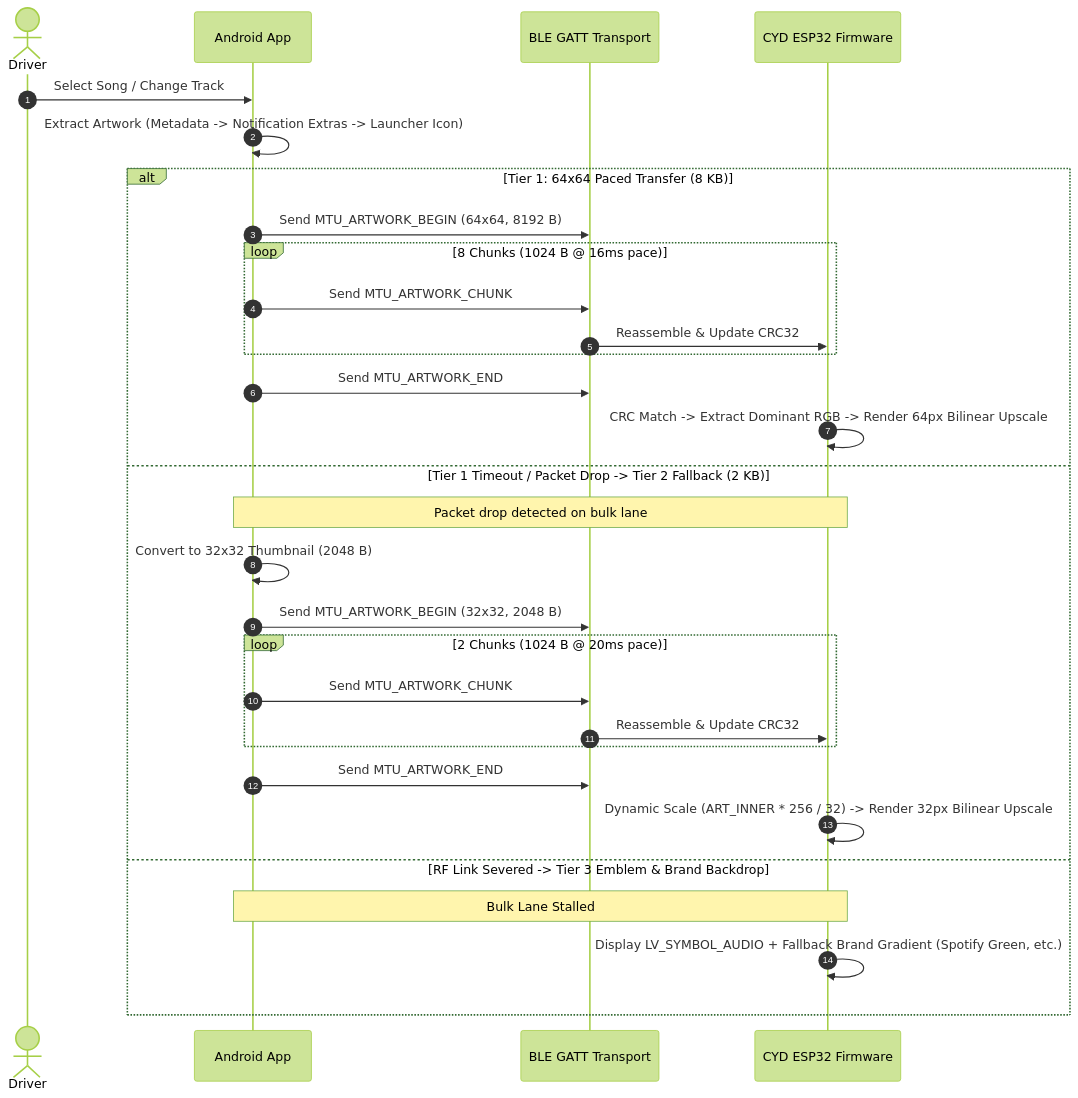
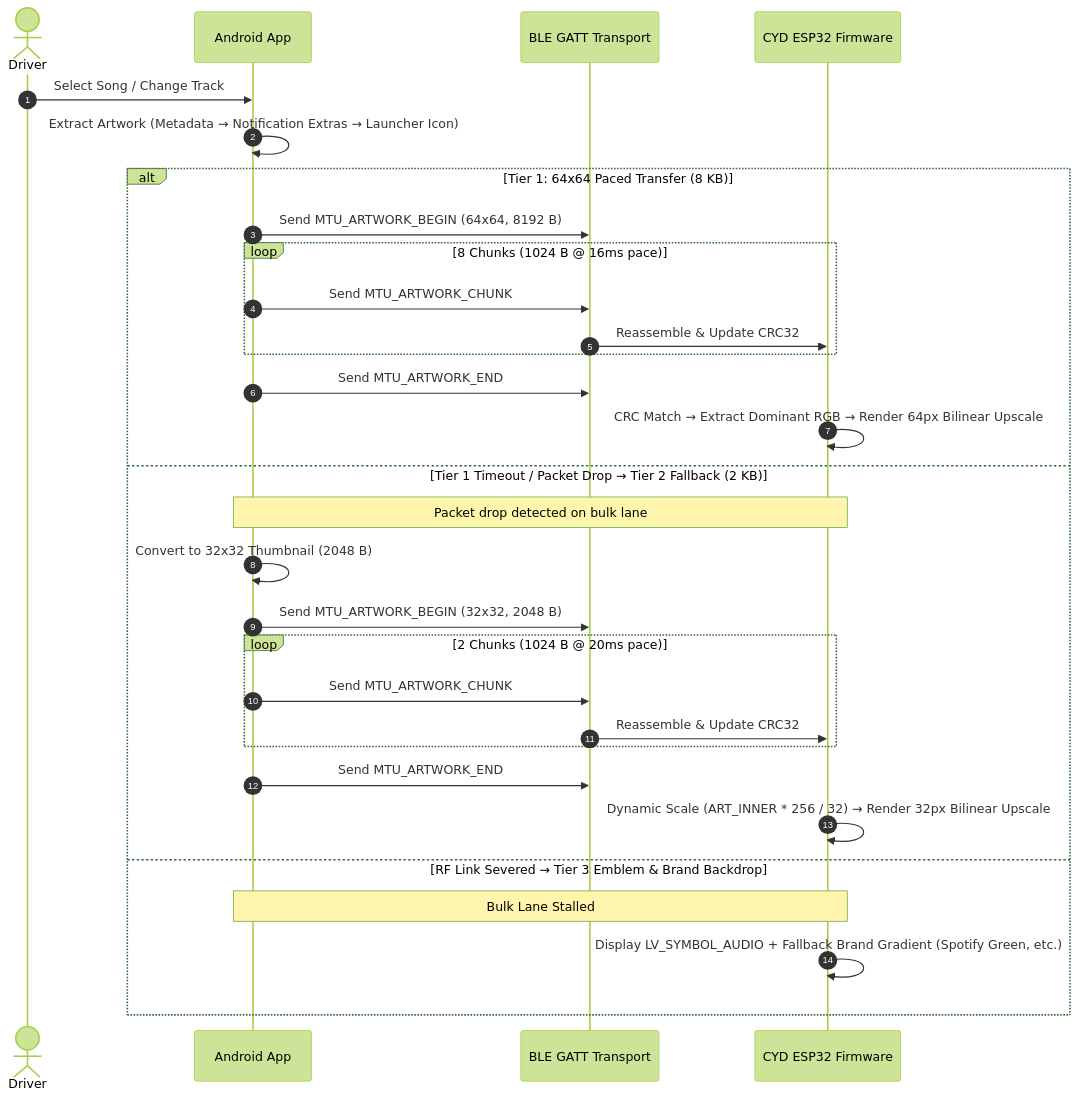
One commit to jashjain-1/CYD-Build changed the second of 2 diagrams in README.md. Above: the diagram before and after it, drawn with Mermaid (forest theme). The commit also changed other lines of this file and 38 other files, not shown here.

````diff
--- a/README.md
+++ b/README.md
@@ -104,33 +107,33 @@
 ```mermaid
 sequenceDiagram
     autonumber
     actor Driver
     participant Phone as Android App
     participant BLE as BLE GATT Transport
     participant HUD as CYD ESP32 Firmware
 
     Driver->>Phone: Select Song / Change Track
-    Phone->>Phone: Extract Artwork (Metadata -> Notification Extras -> Launcher Icon)
+    Phone->>Phone: Extract Artwork (Metadata → Notification Extras → Launcher Icon)
     alt Tier 1: 64x64 Paced Transfer (8 KB)
         Phone->>BLE: Send MTU_ARTWORK_BEGIN (64x64, 8192 B)
         loop 8 Chunks (1024 B @ 16ms pace)
             Phone->>BLE: Send MTU_ARTWORK_CHUNK
             BLE->>HUD: Reassemble & Update CRC32
         end
         Phone->>BLE: Send MTU_ARTWORK_END
-        HUD->>HUD: CRC Match -> Extract Dominant RGB -> Render 64px Bilinear Upscale
-    else Tier 1 Timeout / Packet Drop -> Tier 2 Fallback (2 KB)
+        HUD->>HUD: CRC Match → Extract Dominant RGB → Render 64px Bilinear Upscale
+    else Tier 1 Timeout / Packet Drop → Tier 2 Fallback (2 KB)
         Note over Phone,HUD: Packet drop detected on bulk lane
         Phone->>Phone: Convert to 32x32 Thumbnail (2048 B)
         Phone->>BLE: Send MTU_ARTWORK_BEGIN (32x32, 2048 B)
         loop 2 Chunks (1024 B @ 20ms pace)
             Phone->>BLE: Send MTU_ARTWORK_CHUNK
             BLE->>HUD: Reassemble & Update CRC32
         end
         Phone->>BLE: Send MTU_ARTWORK_END
-        HUD->>HUD: Dynamic Scale (ART_INNER * 256 / 32) -> Render 32px Bilinear Upscale
-    else RF Link Severed -> Tier 3 Emblem & Brand Backdrop
+        HUD->>HUD: Dynamic Scale (ART_INNER * 256 / 32) → Render 32px Bilinear Upscale
+    else RF Link Severed → Tier 3 Emblem & Brand Backdrop
         Note over Phone,HUD: Bulk Lane Stalled
         HUD->>HUD: Display LV_SYMBOL_AUDIO + Fallback Brand Gradient (Spotify Green, etc.)
     end
 ```
````
